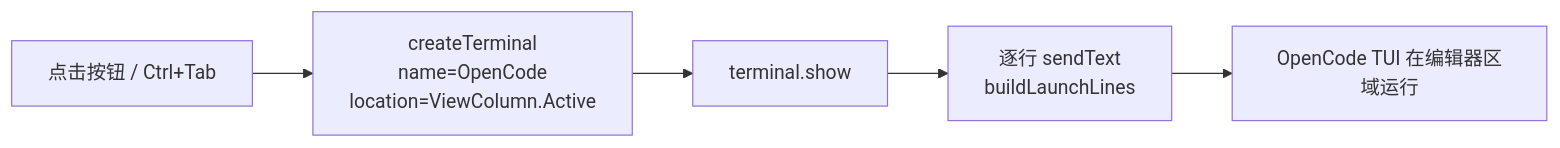
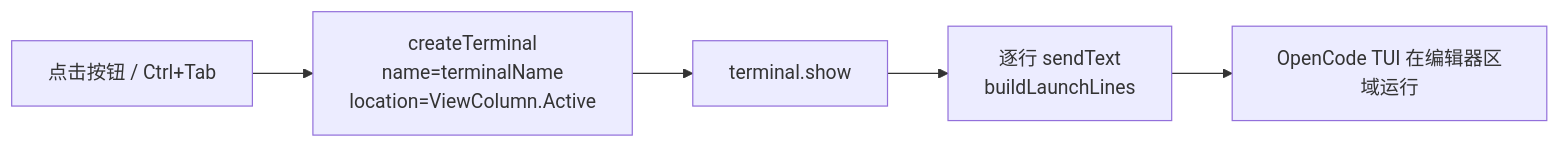
The diagram in README.md (NGC13009/OpenCode-Dock), drawn with Mermaid before and after one commit. The commit also changed other lines of this file and 6 other files, not shown here.

````diff
--- a/README.md
+++ b/README.md
@@ -69,7 +78,7 @@
 ```mermaid
 flowchart LR
-  A[点击按钮 / Ctrl+Tab] --> C[createTerminal<br/>name=OpenCode<br/>location=ViewColumn.Active]
+  A[点击按钮 / Ctrl+Tab] --> C[createTerminal<br/>name=terminalName<br/>location=ViewColumn.Active]
   C --> D[terminal.show]
   D --> E[逐行 sendText<br/>buildLaunchLines]
   E --> F[OpenCode TUI 在编辑器区域运行]
 ```
````
